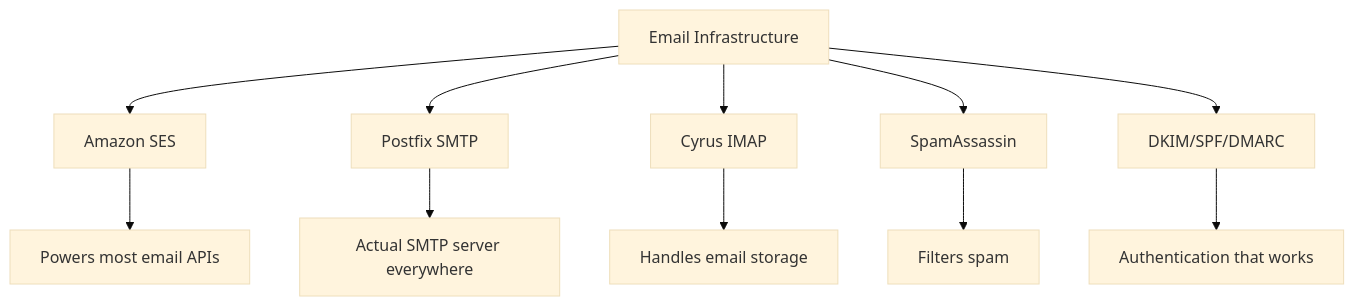
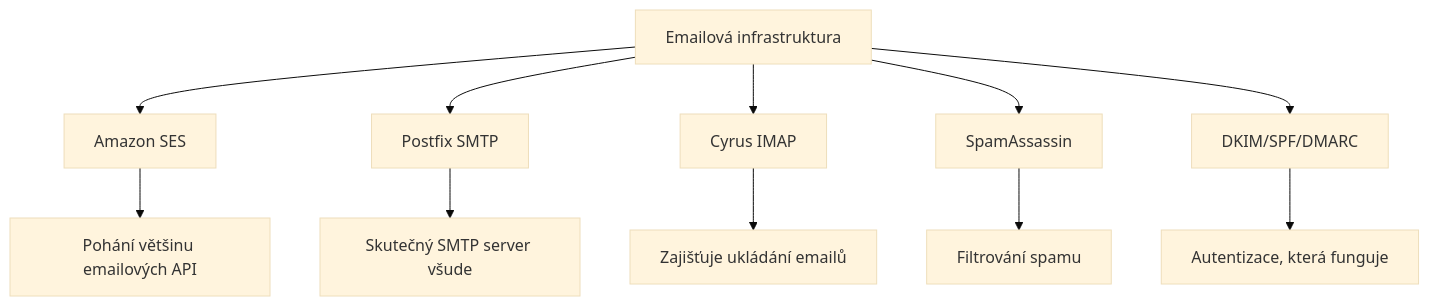
One commit to forwardemail/forwardemail.net changed the first of 10 diagrams in app/views/docs/email-startup-graveyard-why-80-percent-email-companies-fail/index-cs.md. Above: the diagram before and after it, drawn with Mermaid (base theme). The commit also changed other lines of this file and 1055 other files, not shown here.

````diff
--- a/app/views/docs/email-startup-graveyard-why-80-percent-email-companies-fail/index-cs.md
+++ b/app/views/docs/email-startup-graveyard-why-80-percent-email-companies-fail/index-cs.md
@@ -127,14 +126,14 @@
 ```mermaid
 graph TD
-    A[Email Infrastructure] --> B[Amazon SES]
+    A[Emailová infrastruktura] --> B[Amazon SES]
     A --> C[Postfix SMTP]
     A --> D[Cyrus IMAP]
     A --> E[SpamAssassin]
     A --> F[DKIM/SPF/DMARC]
 
-    B --> G[Powers most email APIs]
-    C --> H[Actual SMTP server everywhere]
-    D --> I[Handles email storage]
-    E --> J[Filters spam]
-    F --> K[Authentication that works]
+    B --> G[Pohání většinu emailových API]
+    C --> H[Skutečný SMTP server všude]
+    D --> I[Zajišťuje ukládání emailů]
+    E --> J[Filtrování spamu]
+    F --> K[Autentizace, která funguje]
 ```
````
